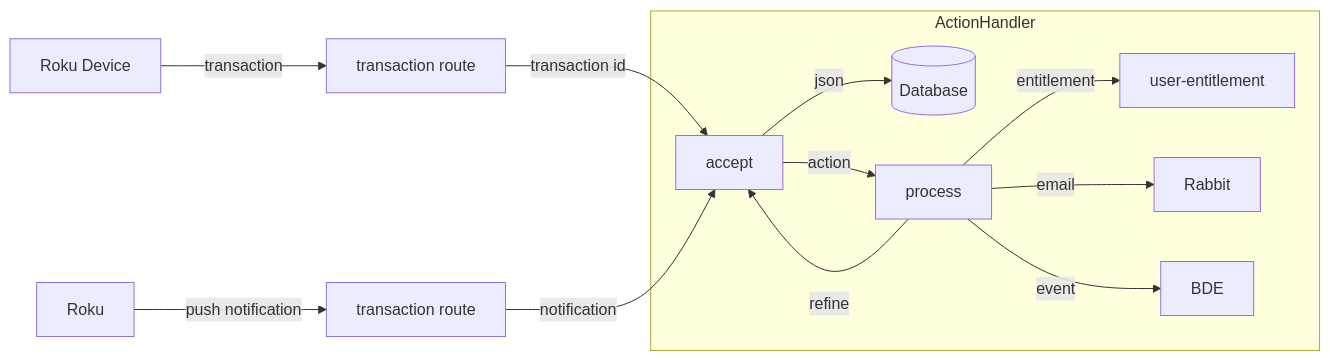
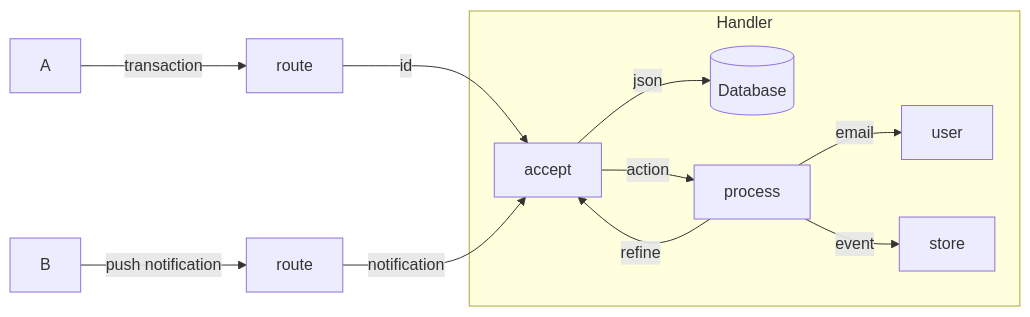
Before and after one commit to channingwalton/mermaid-test: the diagram in README.md, drawn with Mermaid.

````diff
--- a/README.md
+++ b/README.md
@@ -4,15 +4,14 @@
 ```mermaid
 flowchart LR
-  RokuUI["Roku Device"]-- transaction --> troute["transaction route"]
-  Roku-- push notification --> proute["transaction route"]
-  troute -- transaction id -->handlerIn["accept"]
+  RokuUI["A"]-- transaction --> troute["route"]
+  B-- push notification --> proute["route"]
+  troute -- id -->handlerIn["accept"]
   proute -- notification -->handlerIn
-  subgraph ActionHandler
+  subgraph Handler
     handlerIn -- json --> idb[(Database)]
     handlerIn -- action --> process[process]
     process -- refine --> handlerIn
-    process -- entitlement --> user-entitlement
-    process -- email --> Rabbit
-    process -- event --> BDE
+    process -- email --> user
+    process -- event --> store
   end
 ```
````
